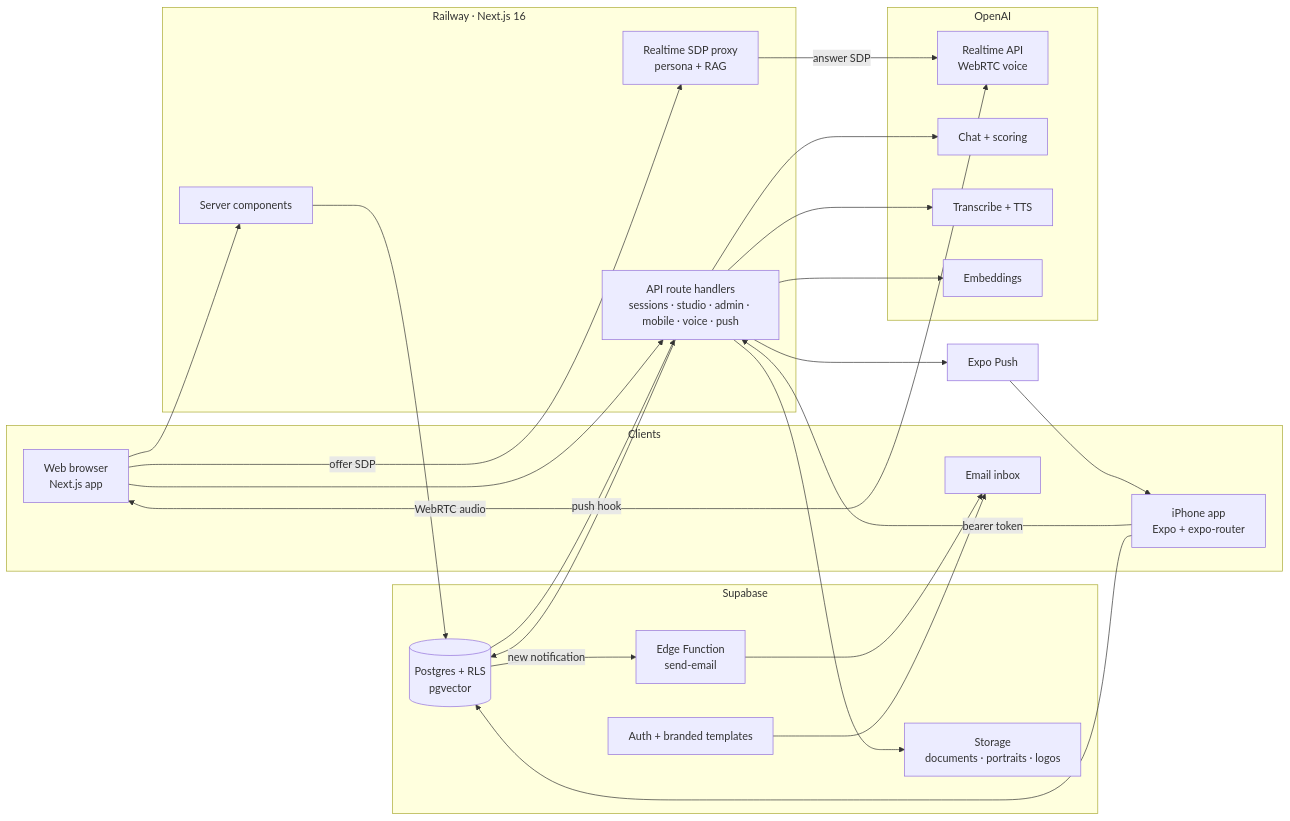
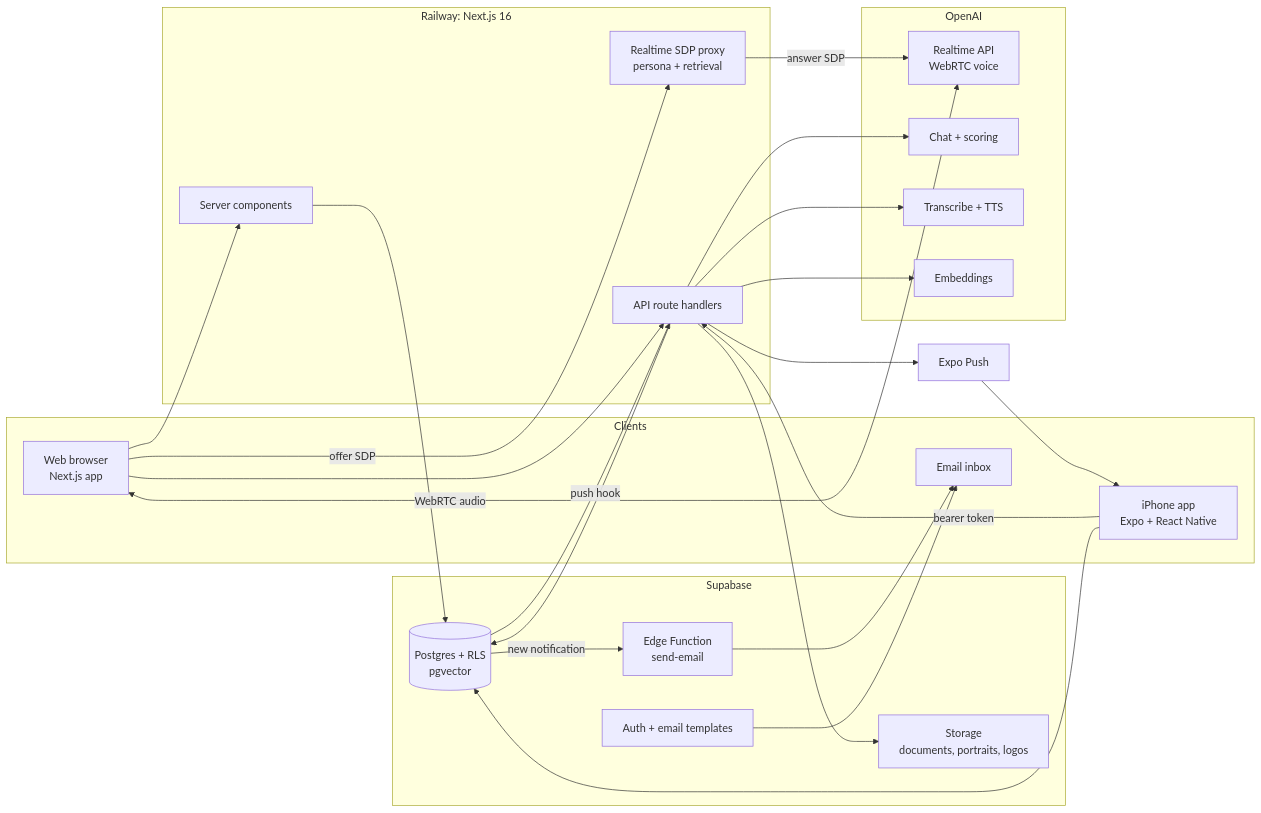
Before and after one commit to Julianblock/projects: the diagram in pitch-practice/README.md, drawn with Mermaid. The commit also changed other lines of this file, not shown here.

````diff
--- a/pitch-practice/README.md
+++ b/pitch-practice/README.md
@@ -136,45 +71,45 @@
 ```mermaid
 flowchart LR
   subgraph Clients
     W["Web browser<br/>Next.js app"]
-    M["iPhone app<br/>Expo + expo-router"]
+    M["iPhone app<br/>Expo + React Native"]
     E["Email inbox"]
   end
 
-  subgraph Railway["Railway · Next.js 16"]
+  subgraph Railway["Railway: Next.js 16"]
     RSC["Server components"]
-    API["API route handlers<br/>sessions · studio · admin · mobile · voice · push"]
-    RT["Realtime SDP proxy<br/>persona + RAG"]
+    API["API route handlers"]
+    RT["Realtime SDP proxy<br/>persona + retrieval"]
   end
 
   subgraph Supabase
     DB[("Postgres + RLS<br/>pgvector")]
-    AUTH["Auth + branded templates"]
-    ST["Storage<br/>documents · portraits · logos"]
+    AUTH["Auth + email templates"]
+    ST["Storage<br/>documents, portraits, logos"]
     EF["Edge Function<br/>send-email"]
   end
 
   subgraph OpenAI
     RTAPI["Realtime API<br/>WebRTC voice"]
     CHAT["Chat + scoring"]
     VOICE["Transcribe + TTS"]
     EMB["Embeddings"]
   end
 
   EXPO["Expo Push"]
 
   W --> RSC --> DB
   W --> API
   W -->|offer SDP| RT -->|answer SDP| RTAPI
   W <-->|WebRTC audio| RTAPI
   M -->|bearer token| API
   M --> DB
   API --> DB
   API --> CHAT
   API --> VOICE
   API --> EMB
   API --> ST
   DB -->|new notification| EF --> E
   DB -->|push hook| API --> EXPO --> M
   AUTH --> E
 ```
````
